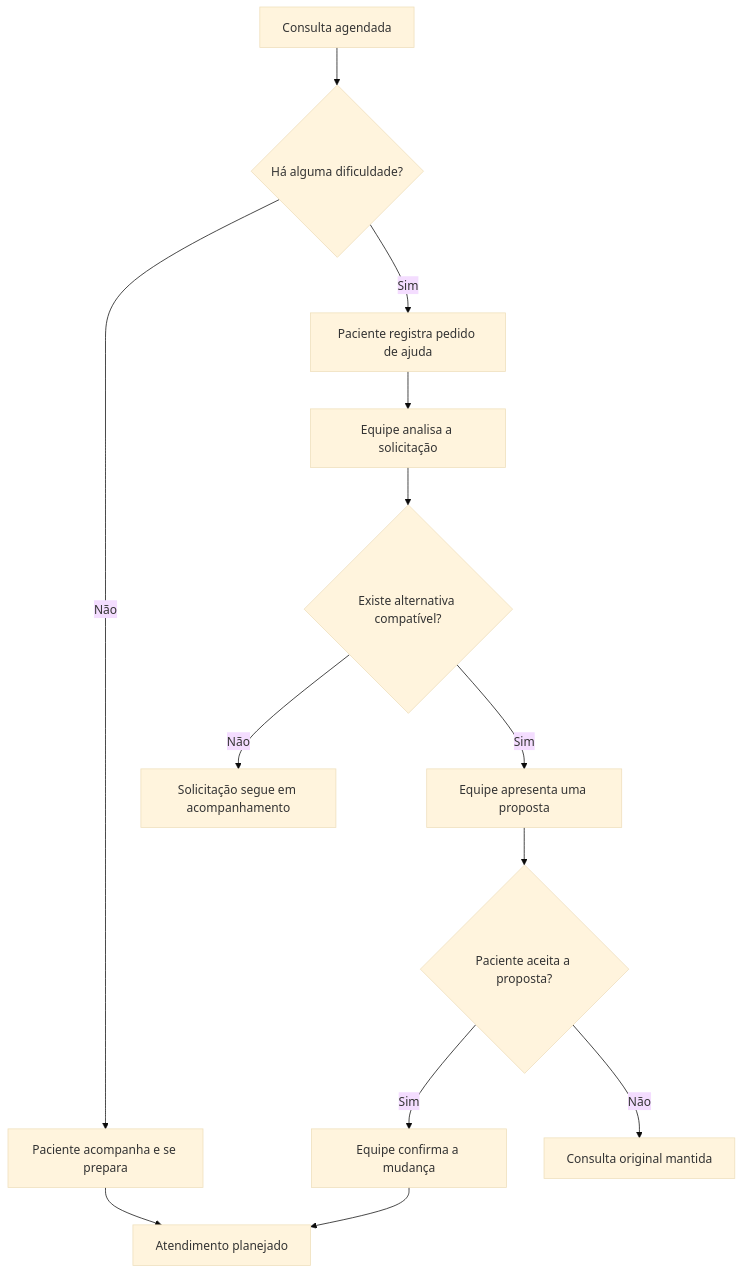
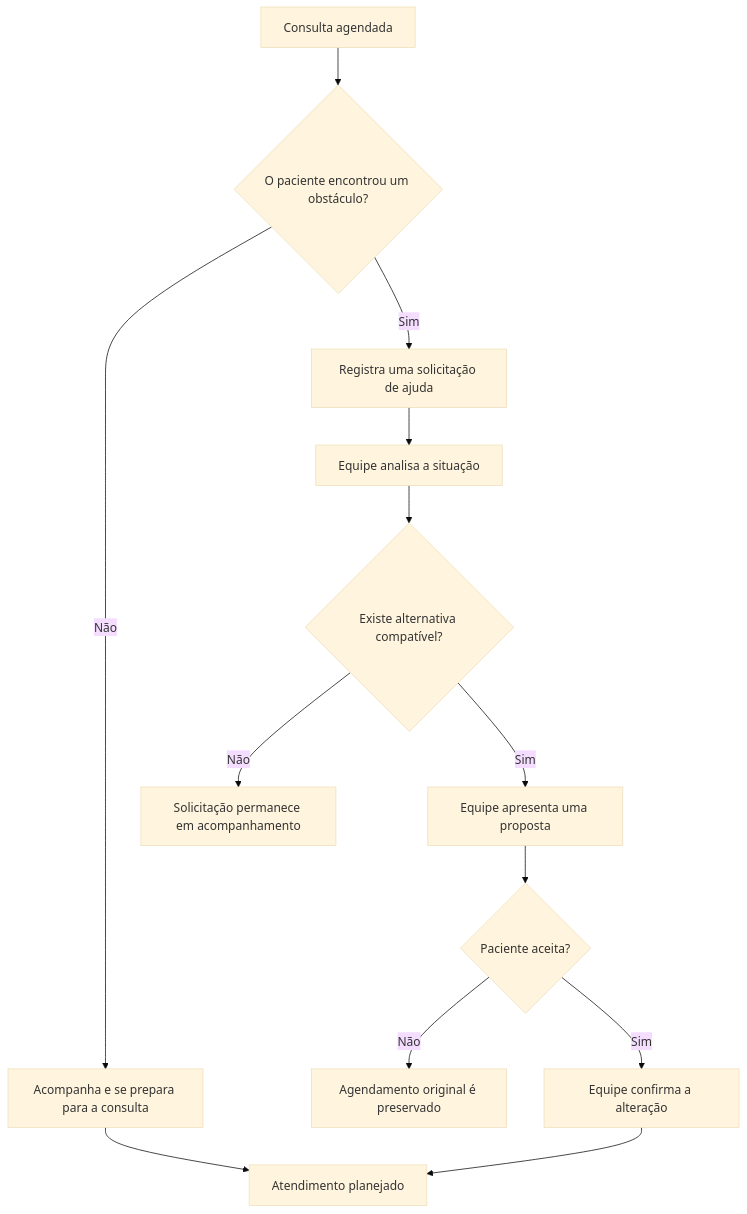
One commit to EnzoNukui/consultaviva-front changed the first of 2 diagrams in README.md. Above: the diagram before and after it, drawn with Mermaid (base theme). The commit also changed other lines of this file, not shown here.

````diff
--- a/README.md
+++ b/README.md
@@ -53,15 +82,15 @@
 ```mermaid
 flowchart TD
-    A[Consulta agendada] --> B{Há alguma dificuldade?}
-    B -- Não --> C[Paciente acompanha e se prepara]
-    B -- Sim --> D[Paciente registra pedido de ajuda]
-    D --> E[Equipe analisa a solicitação]
+    A[Consulta agendada] --> B{O paciente encontrou um obstáculo?}
+    B -- Não --> C[Acompanha e se prepara para a consulta]
+    B -- Sim --> D[Registra uma solicitação de ajuda]
+    D --> E[Equipe analisa a situação]
     E --> F{Existe alternativa compatível?}
-    F -- Sim --> G[Equipe apresenta uma proposta]
-    G --> H{Paciente aceita a proposta?}
-    H -- Sim --> J[Equipe confirma a mudança]
-    H -- Não --> K[Consulta original mantida]
-    F -- Não --> I[Solicitação segue em acompanhamento]
+    F -- Não --> G[Solicitação permanece em acompanhamento]
+    F -- Sim --> H[Equipe apresenta uma proposta]
+    H --> I{Paciente aceita?}
+    I -- Não --> J[Agendamento original é preservado]
+    I -- Sim --> K[Equipe confirma a alteração]
     C --> L[Atendimento planejado]
-    J --> L
+    K --> L
 ```
````
